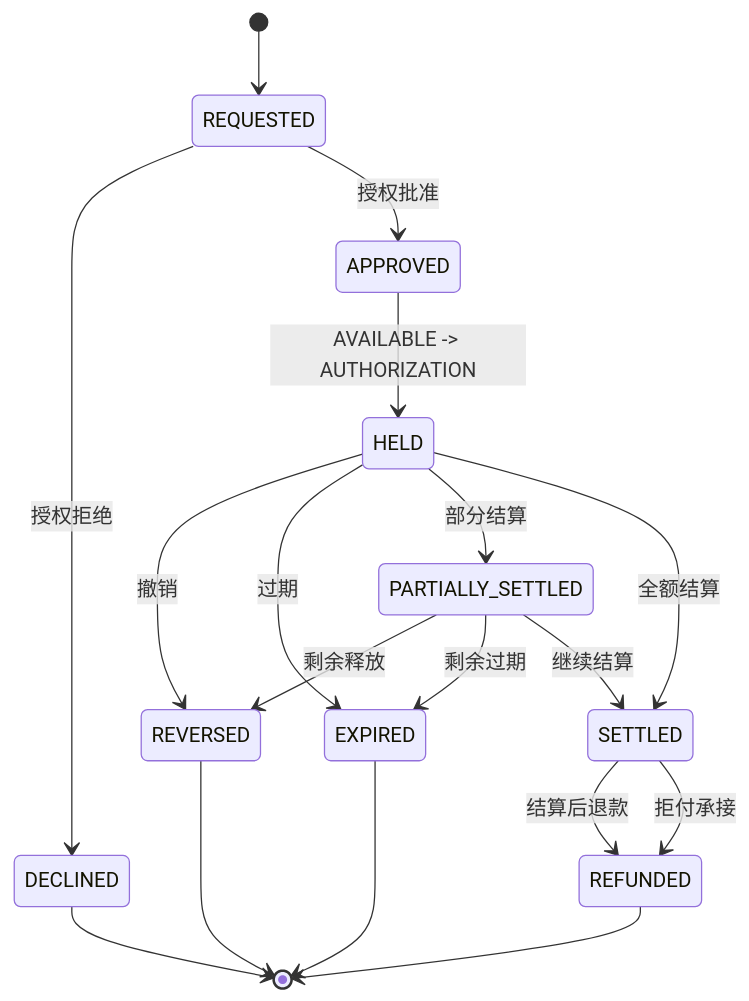
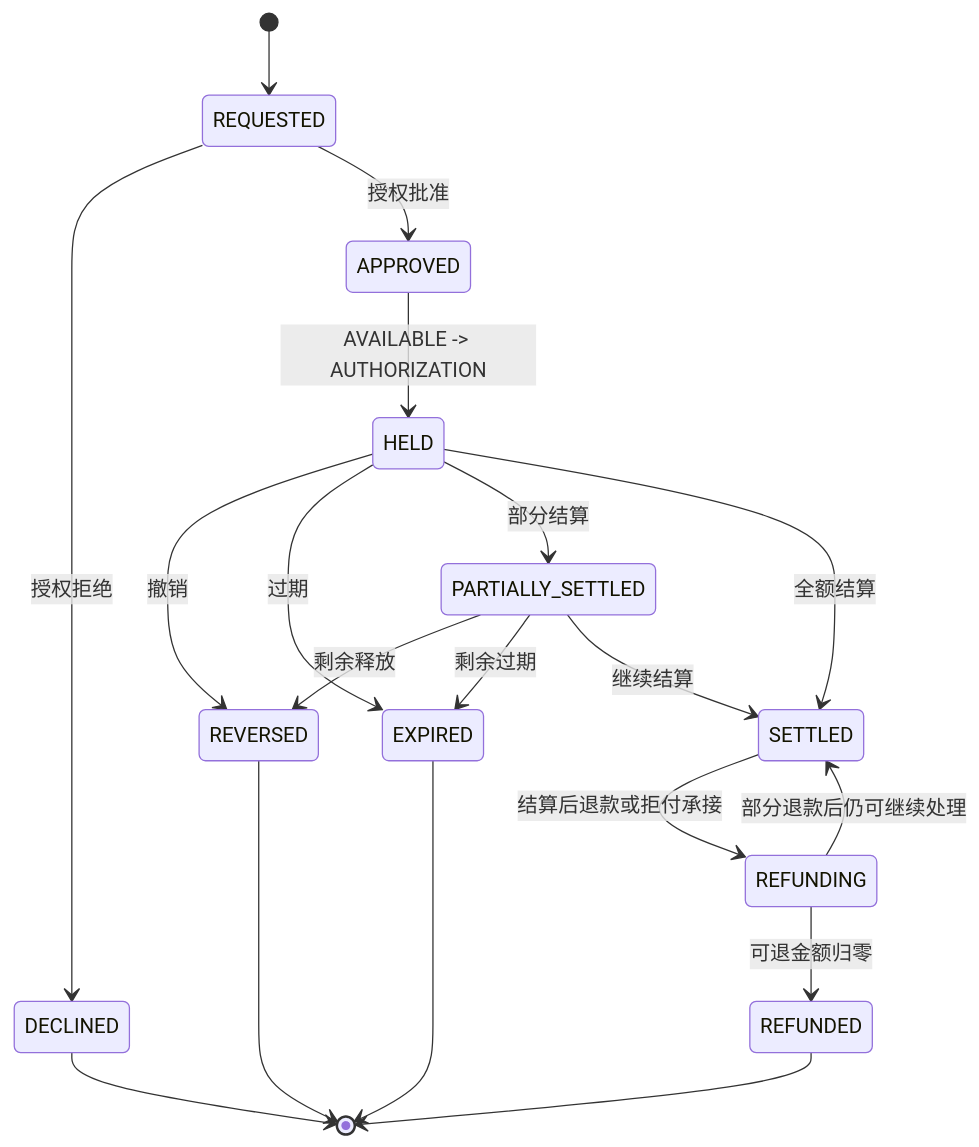
One commit to fengwuxp/wind-funds changed the fifth of 16 diagrams in docs/系分设计/02-交易路由钱包账目与投影系分设计.md. Above: the diagram before and after it, drawn with Mermaid. The commit also changed other lines of this file and 69 other files, not shown here.

````diff
--- a/docs/系分设计/02-交易路由钱包账目与投影系分设计.md
+++ b/docs/系分设计/02-交易路由钱包账目与投影系分设计.md
@@ -147,20 +213,21 @@
 ```mermaid
 stateDiagram
     [*] --> REQUESTED
     REQUESTED --> DECLINED: 授权拒绝
     REQUESTED --> APPROVED: 授权批准
     APPROVED --> HELD: AVAILABLE -> AUTHORIZATION
     HELD --> REVERSED: 撤销
     HELD --> EXPIRED: 过期
     HELD --> PARTIALLY_SETTLED: 部分结算
     HELD --> SETTLED: 全额结算
     PARTIALLY_SETTLED --> REVERSED: 剩余释放
     PARTIALLY_SETTLED --> EXPIRED: 剩余过期
     PARTIALLY_SETTLED --> SETTLED: 继续结算
-    SETTLED --> REFUNDED: 结算后退款
-    SETTLED --> REFUNDED: 拒付承接
+    SETTLED --> REFUNDING: 结算后退款或拒付承接
+    REFUNDING --> SETTLED: 部分退款后仍可继续处理
+    REFUNDING --> REFUNDED: 可退金额归零
     DECLINED --> [*]
     REVERSED --> [*]
     EXPIRED --> [*]
     REFUNDED --> [*]
 ```
````
